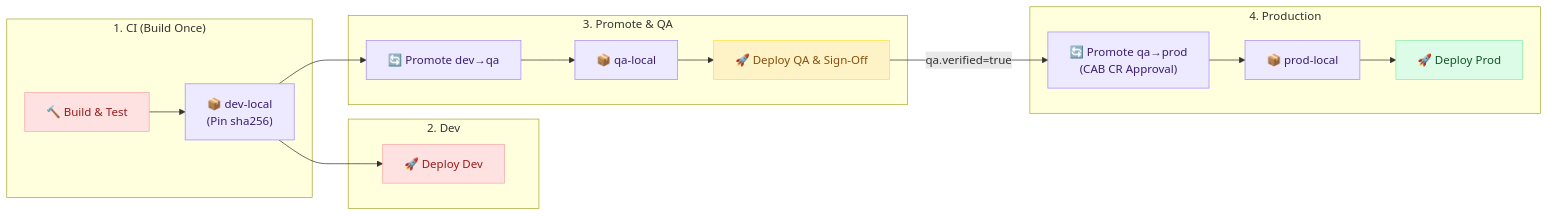
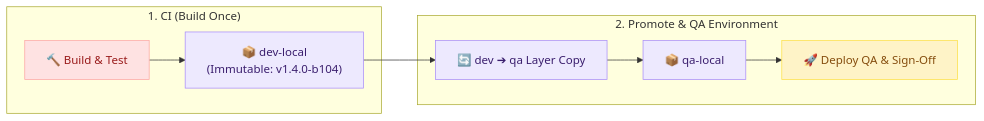
Before and after one commit to devopspilot1/devopspilot1.github.io: the first of 2 diagrams in docs/devops-responsibilities/paypulse-technologies/index.md, drawn with Mermaid. The commit also changed other lines of this file and 3 other files, not shown here.

Commit message:
docs: update PayPulse case study with promotion lifecycle diagram and 33-day operational roster

````diff
--- a/docs/devops-responsibilities/paypulse-technologies/index.md
+++ b/docs/devops-responsibilities/paypulse-technologies/index.md
@@ -469,32 +453,16 @@
 ```mermaid
 graph LR
     classDef dev fill:#fee2e2,stroke:#fca5a5,color:#991b1b
     classDef qa fill:#fef3c7,stroke:#fde047,color:#854d0e
-    classDef prod fill:#dcfce7,stroke:#86efac,color:#14532d
     classDef artifactory fill:#ede9fe,stroke:#a78bfa,color:#3b1f6e
 
     subgraph CI["1. CI (Build Once)"]
-        B["🔨 Build & Test"]:::dev
-        DEV["📦 dev-local<br/>(Pin sha256)"]:::artifactory
-        B --> DEV
+        B["🔨 Build & Test"]:::dev --> DEV["📦 dev-local<br/>(Immutable: v1.4.0-b104)"]:::artifactory
     end
 
-    subgraph CD_DEV["2. Dev"]
-        D_DEV["🚀 Deploy Dev"]:::dev
-        DEV --> D_DEV
+    subgraph QA["2. Promote & QA Environment"]
+        P_QA["🔄 dev ➔ qa Layer Copy"]:::artifactory --> QA_R["📦 qa-local"]:::artifactory --> D_QA["🚀 Deploy QA & Sign-Off"]:::qa
     end
 
-    subgraph QA["3. Promote & QA"]
-        P_QA["🔄 Promote dev→qa"]:::artifactory
-        QA_R["📦 qa-local"]:::artifactory
-        D_QA["🚀 Deploy QA & Sign-Off"]:::qa
-        DEV --> P_QA --> QA_R --> D_QA
-    end
-
-    subgraph PROD["4. Production"]
-        P_PROD["🔄 Promote qa→prod<br/>(CAB CR Approval)"]:::artifactory
-        PROD_R["📦 prod-local"]:::artifactory
-        D_PROD["🚀 Deploy Prod"]:::prod
-        D_QA -->|"qa.verified=true"| P_PROD --> PROD_R --> D_PROD
-    end
+    DEV --> P_QA
 ```
````
